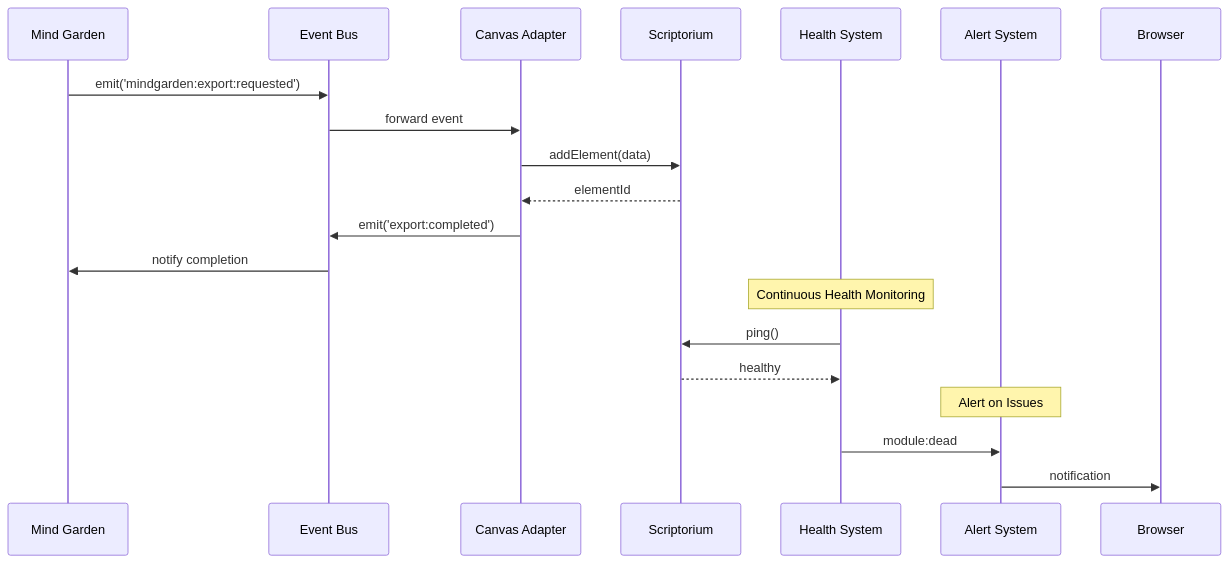
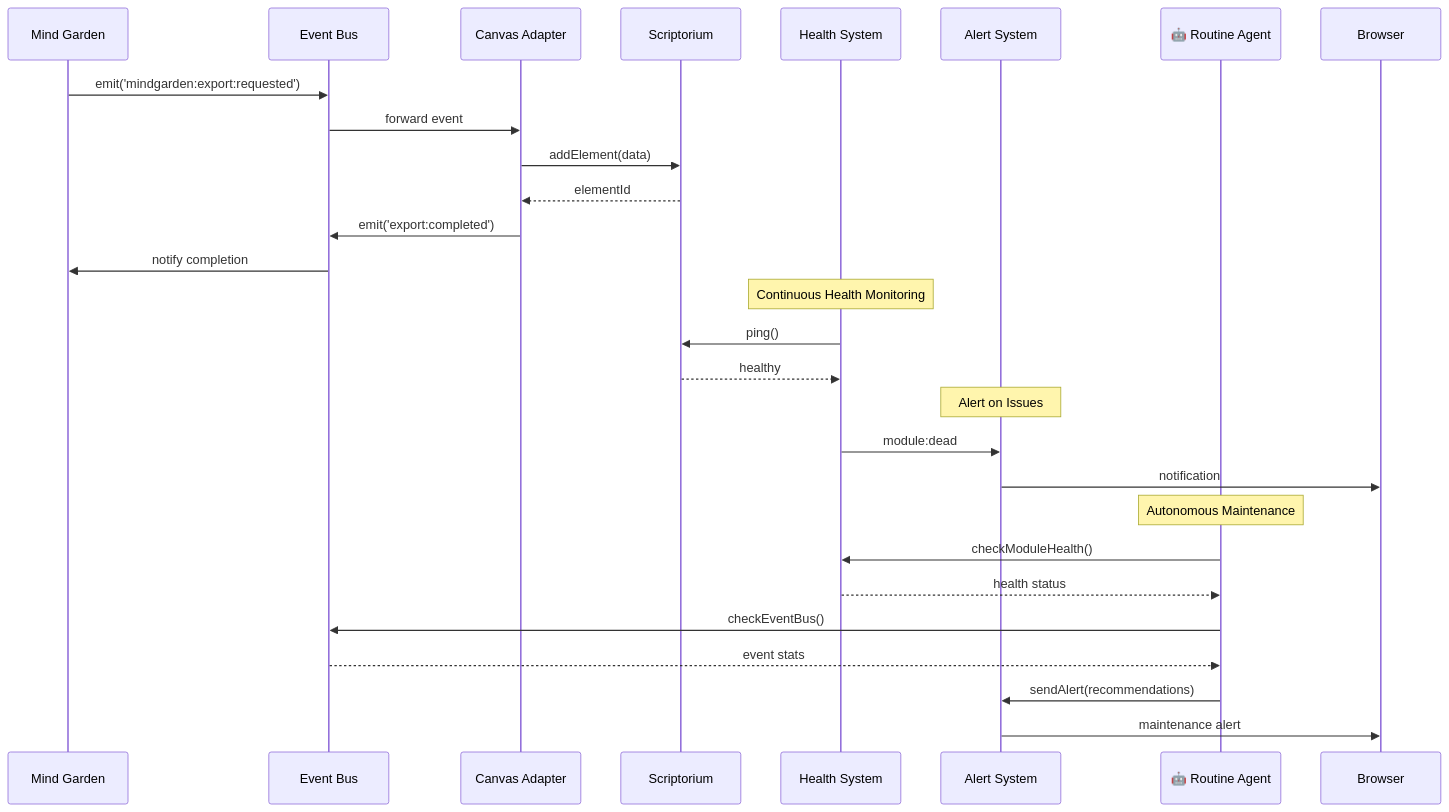
The second of 16 diagrams in docs/architecture/VISUAL_ARCHITECTURE.md (PRicaldone/atelier), drawn with Mermaid before and after one commit. The commit also changed other lines of this file and 8 other files, not shown here.

Commit message:
📚 DOCUMENTATION COMPLETE: Updated architecture docs with Atelier Routine Agent - comprehensive visual diagrams and integration details

````diff
--- a/docs/architecture/VISUAL_ARCHITECTURE.md
+++ b/docs/architecture/VISUAL_ARCHITECTURE.md
@@ -64,24 +69,33 @@
 ```mermaid
 sequenceDiagram
     participant MG as Mind Garden
     participant EB as Event Bus
     participant AD as Canvas Adapter
     participant SC as Scriptorium
     participant HS as Health System
     participant AS as Alert System
+    participant RA as 🤖 Routine Agent
 
     MG->>EB: emit('mindgarden:export:requested')
     EB->>AD: forward event
     AD->>SC: addElement(data)
     SC-->>AD: elementId
     AD->>EB: emit('export:completed')
     EB->>MG: notify completion
 
     Note over HS: Continuous Health Monitoring
     HS->>SC: ping()
     SC-->>HS: healthy
     
     Note over AS: Alert on Issues
     HS->>AS: module:dead
     AS->>Browser: notification
+
+    Note over RA: Autonomous Maintenance
+    RA->>HS: checkModuleHealth()
+    HS-->>RA: health status
+    RA->>EB: checkEventBus()
+    EB-->>RA: event stats
+    RA->>AS: sendAlert(recommendations)
+    AS->>Browser: maintenance alert
 ```
````
